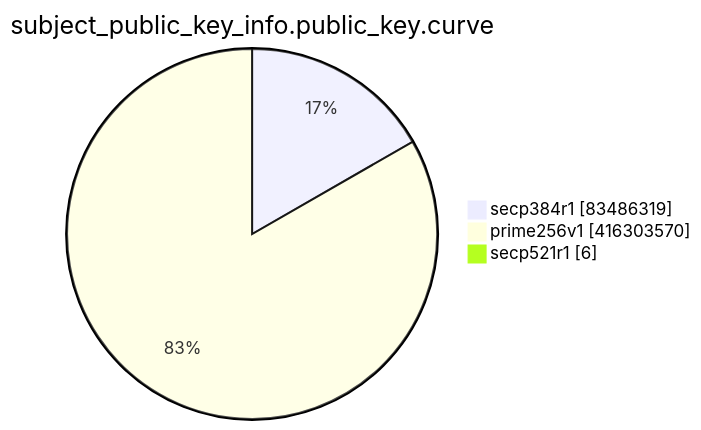
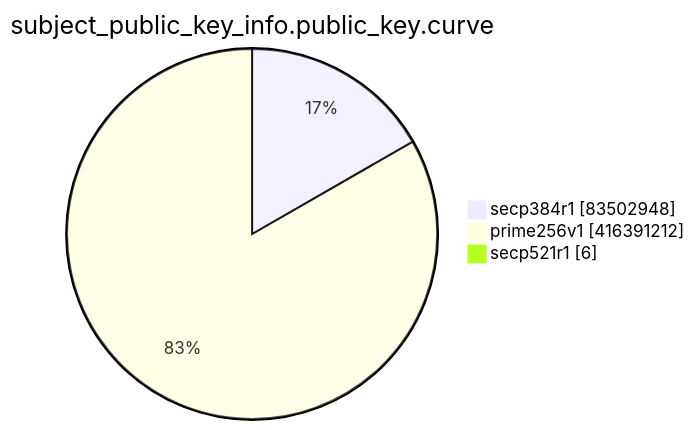
Before and after one commit to christiankrug/ctmonitor_visualization: the eighth of 15 diagrams in TOTAL/README.md, drawn with Mermaid. The commit also changed other lines of this file, not shown here.

````diff
--- a/TOTAL/README.md
+++ b/TOTAL/README.md
@@ -3098,7 +3098,7 @@
 ```mermaid
 pie showData
 title subject_public_key_info.public_key.curve
-"secp384r1" :83486319
-"prime256v1" :416303570
+"secp384r1" :83502948
+"prime256v1" :416391212
 "secp521r1" :6
 ```
````
